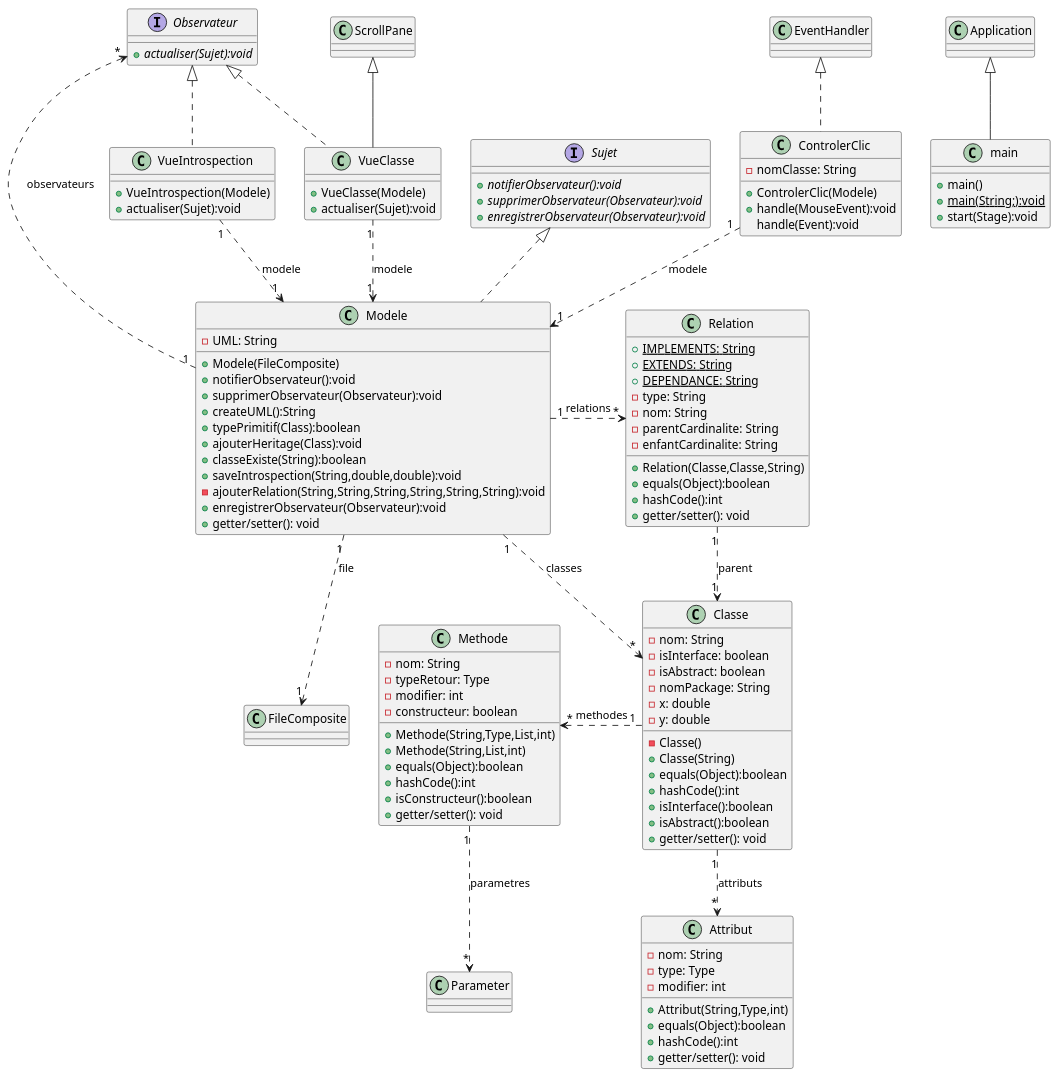
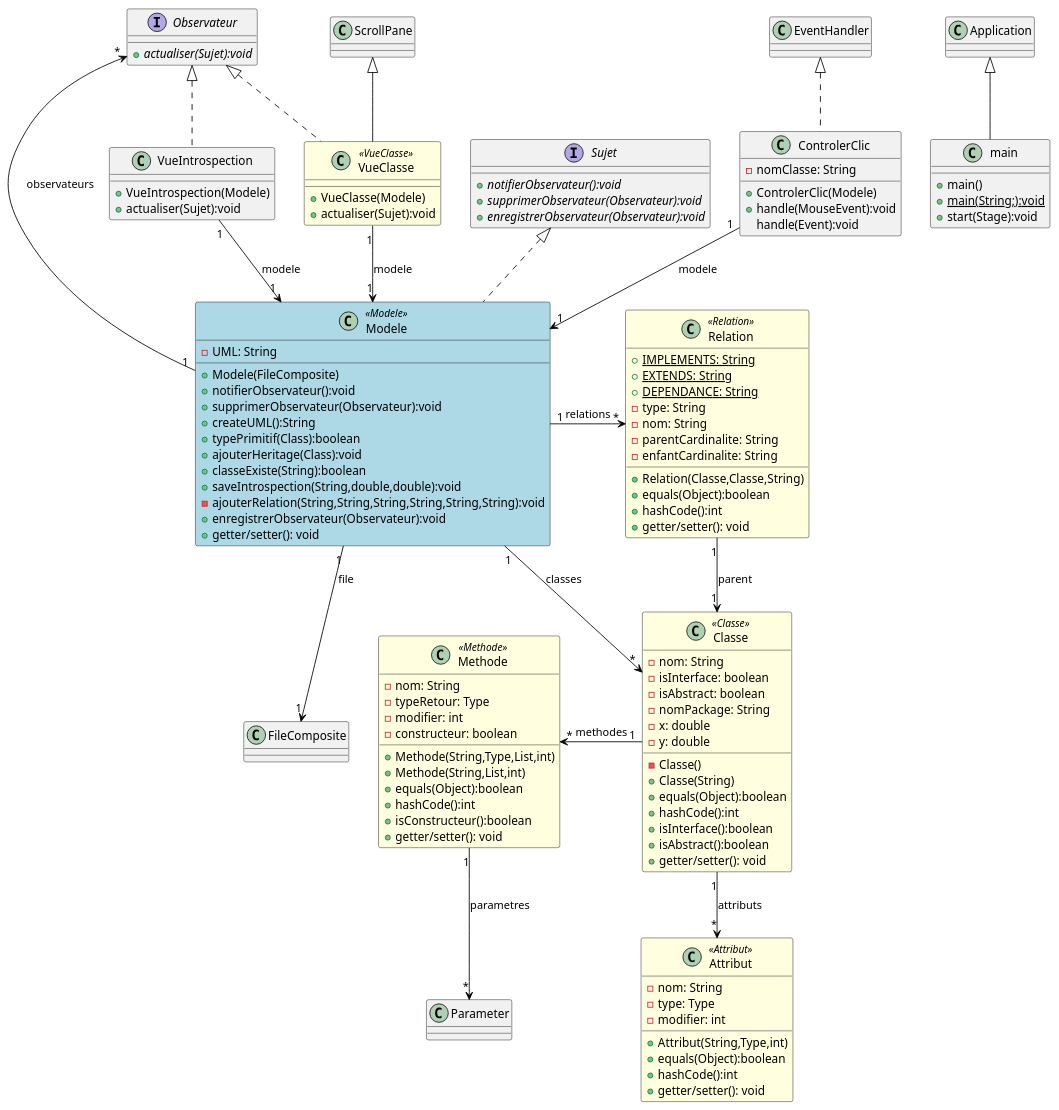
One commit to EliasKho/SAE-Plugin_JavaFx changed the diagram in Documents/Iteration2/diagClasseItération2UML.puml. Above: the diagram before and after it, drawn with PlantUML. The commit also changed 1 other file, not shown here.

Commit message:
ajout couleurs diagramme

```diff
--- a/Documents/Iteration2/diagClasseItération2UML.puml
+++ b/Documents/Iteration2/diagClasseItération2UML.puml
@@ -1,120 +1,131 @@
 @startuml
-class Attribut {
--nom: String
--type: Type
--modifier: int
-+Attribut(String,Type,int)
-+equals(Object):boolean
-+hashCode():int
-+ getter/setter(): void
+skinparam class {
+    BackgroundColor<<Classe>> LightYellow
+    BackgroundColor<<Attribut>> LightYellow
+    BackgroundColor<<Methode>> LightYellow
+    BackgroundColor<<Relation>> LightYellow
+    BackgroundColor<<VueClasse>> LightYellow
+    BackgroundColor<<Modele>> LightBlue
+    BorderColor Black
+    ArrowColor Black
 }
 
-class Classe {
--nom: String
--isInterface: boolean
--isAbstract: boolean
--nomPackage: String
--x: double
--y: double
--Classe()
-+Classe(String)
-+equals(Object):boolean
-+hashCode():int
-+isInterface():boolean
-+isAbstract():boolean
-+ getter/setter(): void
+class Attribut <<Attribut>> {
+    -nom: String
+    -type: Type
+    -modifier: int
+    +Attribut(String,Type,int)
+    +equals(Object):boolean
+    +hashCode():int
+    + getter/setter(): void
 }
 
-class Methode {
--nom: String
--typeRetour: Type
--modifier: int
--constructeur: boolean
-+Methode(String,Type,List,int)
-+Methode(String,List,int)
-+equals(Object):boolean
-+hashCode():int
-+isConstructeur():boolean
-+ getter/setter(): void
+class Classe <<Classe>> {
+    -nom: String
+    -isInterface: boolean
+    -isAbstract: boolean
+    -nomPackage: String
+    -x: double
+    -y: double
+    -Classe()
+    +Classe(String)
+    +equals(Object):boolean
+    +hashCode():int
+    +isInterface():boolean
+    +isAbstract():boolean
+    + getter/setter(): void
 }
 
-class Relation {
-+{static} IMPLEMENTS: String
-+{static} EXTENDS: String
-+{static} DEPENDANCE: String
--type: String
--nom: String
--parentCardinalite: String
--enfantCardinalite: String
-+Relation(Classe,Classe,String)
-+equals(Object):boolean
-+hashCode():int
-+ getter/setter(): void
+class Methode <<Methode>> {
+    -nom: String
+    -typeRetour: Type
+    -modifier: int
+    -constructeur: boolean
+    +Methode(String,Type,List,int)
+    +Methode(String,List,int)
+    +equals(Object):boolean
+    +hashCode():int
+    +isConstructeur():boolean
+    + getter/setter(): void
 }
 
-class VueClasse {
-+VueClasse(Modele)
-+actualiser(Sujet):void
+class Relation <<Relation>> {
+    +{static} IMPLEMENTS: String
+    +{static} EXTENDS: String
+    +{static} DEPENDANCE: String
+    -type: String
+    -nom: String
+    -parentCardinalite: String
+    -enfantCardinalite: String
+    +Relation(Classe,Classe,String)
+    +equals(Object):boolean
+    +hashCode():int
+    + getter/setter(): void
+}
+
+class VueClasse <<VueClasse>> {
+    +VueClasse(Modele)
+    +actualiser(Sujet):void
 }
 
 class main {
-+main()
-+{static} main(String;):void
-+start(Stage):void
+    +main()
+    +{static} main(String;):void
+    +start(Stage):void
 }
 
-class Modele {
--UML: String
-+Modele(FileComposite)
-+notifierObservateur():void
-+supprimerObservateur(Observateur):void
-+createUML():String
-+typePrimitif(Class):boolean
-+ajouterHeritage(Class):void
-+classeExiste(String):boolean
-+saveIntrospection(String,double,double):void
--ajouterRelation(String,String,String,String,String,String):void
-+enregistrerObservateur(Observateur):void
-+ getter/setter(): void
+class Modele <<Modele>> {
+    -UML: String
+    +Modele(FileComposite)
+    +notifierObservateur():void
+    +supprimerObservateur(Observateur):void
+    +createUML():String
+    +typePrimitif(Class):boolean
+    +ajouterHeritage(Class):void
+    +classeExiste(String):boolean
+    +saveIntrospection(String,double,double):void
+    -ajouterRelation(String,String,String,String,String,String):void
+    +enregistrerObservateur(Observateur):void
+    + getter/setter(): void
 }
 
 interface Observateur {
-+{abstract} actualiser(Sujet):void
+    +{abstract} actualiser(Sujet):void
 }
 
 interface Sujet {
-+{abstract} notifierObservateur():void
-+{abstract} supprimerObservateur(Observateur):void
-+{abstract} enregistrerObservateur(Observateur):void
+    +{abstract} notifierObservateur():void
+    +{abstract} supprimerObservateur(Observateur):void
+    +{abstract} enregistrerObservateur(Observateur):void
 }
 
 class VueIntrospection {
-+VueIntrospection(Modele)
-+actualiser(Sujet):void
+    +VueIntrospection(Modele)
+    +actualiser(Sujet):void
 }
 
 class ControlerClic {
--nomClasse: String
-+ControlerClic(Modele)
-+handle(MouseEvent):void
-handle(Event):void
+    -nomClasse: String
+    +ControlerClic(Modele)
+    +handle(MouseEvent):void
+    handle(Event):void
 }
 
-ControlerClic "1" ..> "1" Modele : modele
+ControlerClic "1" --> "1" Modele : modele
 ControlerClic .u.|> EventHandler : ""
-Classe "1" .left.> "*" Methode : methodes
-Classe "1" ..> "*" Attribut : attributs
-Methode "1" ..> "*" Parameter : parametres
-Relation "1" ..> "1" Classe : parent
-VueClasse "1" ..> "1" Modele : modele
+Classe "1" -left-> "*" Methode : methodes
+Classe "1" --> "*" Attribut : attributs
+Methode "1" --> "*" Parameter : parametres
+Relation "1" --> "1" Classe : parent
+VueClasse "1" --> "1" Modele : modele
 VueClasse -u-|> ScrollPane : ""
 VueClasse .u.|> Observateur : ""
 main -u-|> Application : ""
-Modele "1" ..> "1" FileComposite : file
-Modele "1" ..> "*" Observateur : observateurs
-Modele "1" ..> "*" Classe : classes
-Modele "1" .right.> "*" Relation : relations
+Modele "1" --> "1" FileComposite : file
+Modele "1" --> "*" Observateur : observateurs
+Modele "1" --> "*" Classe : classes
+Modele "1" -right-> "*" Relation : relations
 Modele .u.|> Sujet : ""
-VueIntrospection "1" ..> "1" Modele : modele
+VueIntrospection "1" --> "1" Modele : modele
 VueIntrospection .u.|> Observateur : ""
 @enduml
```
